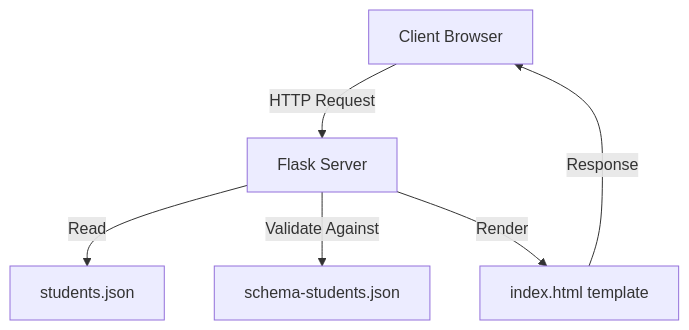
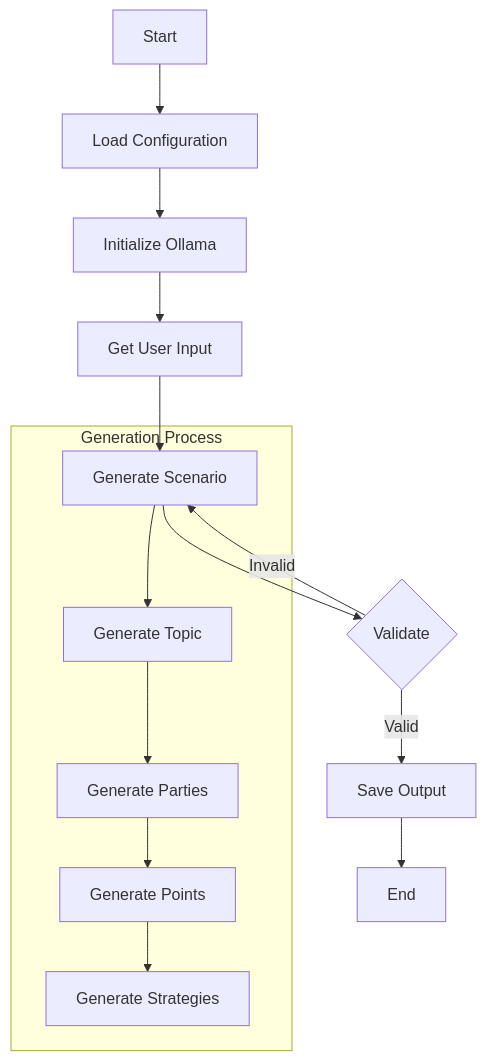
Before and after one commit to pleabargain/student-grid-builder: the first of 3 diagrams in cline_docs/readme.md, drawn with Mermaid. The commit also changed other lines of this file and 12 other files, not shown here.

````diff
--- a/cline_docs/readme.md
+++ b/cline_docs/readme.md
@@ -8,8 +5,18 @@
 ```mermaid
 graph TD
-    A[Client Browser] -->|HTTP Request| B[Flask Server]
-    B -->|Read| C[students.json]
-    B -->|Validate Against| D[schema-students.json]
-    B -->|Render| E[index.html template]
-    E -->|Response| A
+    A[Start] --> B[Load Configuration]
+    B --> C[Initialize Ollama]
+    C --> D[Get User Input]
+    D --> E[Generate Scenario]
+    E --> F{Validate}
+    F -->|Valid| G[Save Output]
+    F -->|Invalid| E
+    G --> H[End]
+
+    subgraph Generation Process
+    E --> E1[Generate Topic]
+    E1 --> E2[Generate Parties]
+    E2 --> E3[Generate Points]
+    E3 --> E4[Generate Strategies]
+    end
 ```
````
